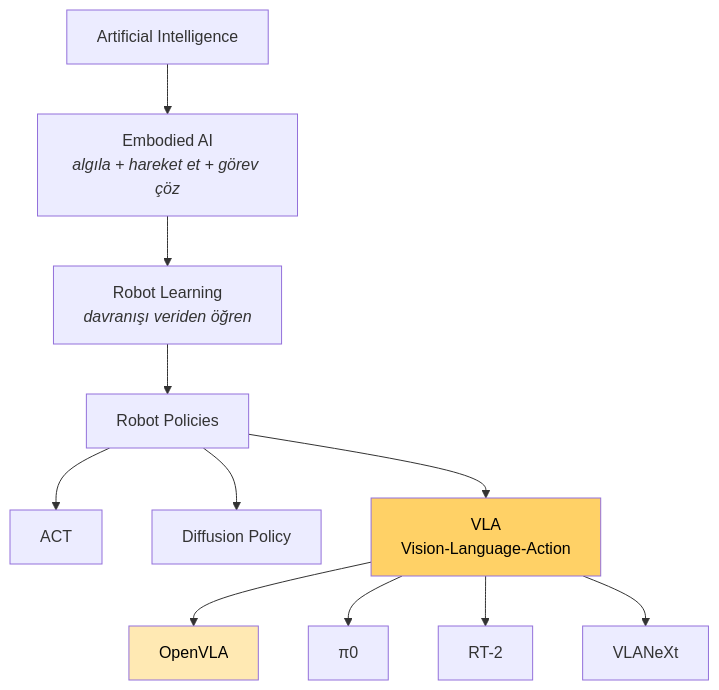
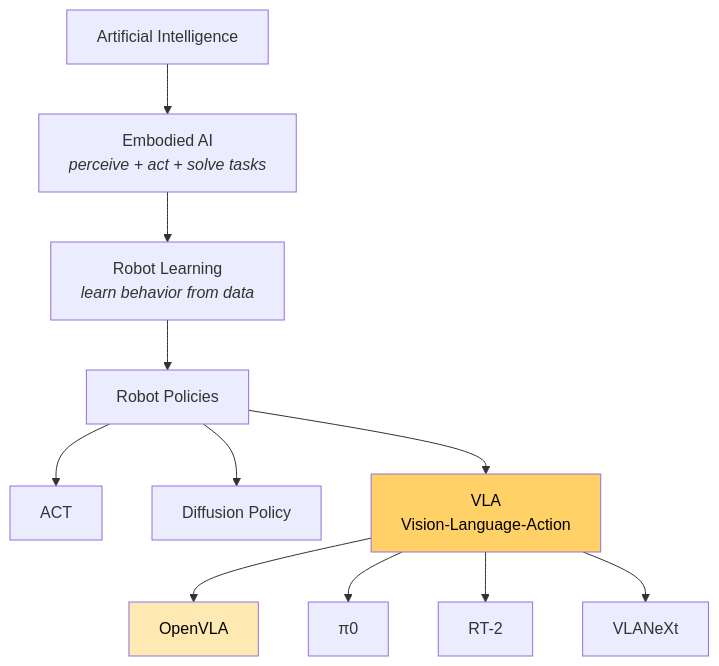
One commit to mesutd0nmez/vla-robot-learning-tr changed the diagram in lectures/images/lecture-01/03-hierarchy.mmd. Above: the diagram before and after it, drawn with Mermaid. The commit also changed 430 other files, not shown here.

```diff
--- a/lectures/images/lecture-01/03-hierarchy.mmd
+++ b/lectures/images/lecture-01/03-hierarchy.mmd
@@ -1,13 +1,13 @@
 flowchart TB
-    AI["Artificial Intelligence"] --> EAI["Embodied AI<br/><i>algıla + hareket et + görev çöz</i>"]
-    EAI --> RL["Robot Learning<br/><i>davranışı veriden öğren</i>"]
+    AI["Artificial Intelligence"] --> EAI["Embodied AI<br/><i>perceive + act + solve tasks</i>"]
+    EAI --> RL["Robot Learning<br/><i>learn behavior from data</i>"]
     RL --> POL["Robot Policies"]
     POL --> ACT["ACT"]
     POL --> DP["Diffusion Policy"]
     POL --> VLA["VLA<br/>Vision-Language-Action"]
     VLA --> OV["OpenVLA"]
     VLA --> PI["π0"]
     VLA --> RT2["RT-2"]
     VLA --> VN["VLANeXt"]
     style VLA fill:#ffd166,color:#000
     style OV fill:#ffe9b3,color:#000
```
